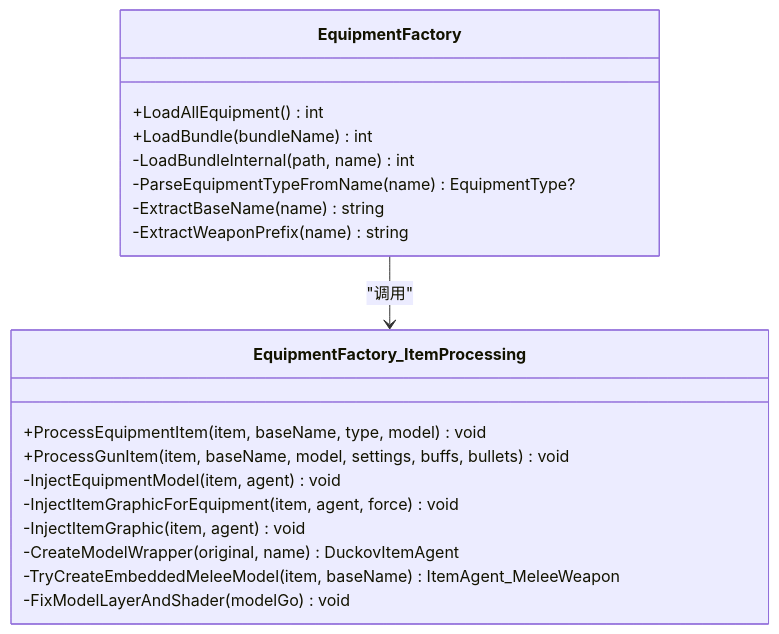
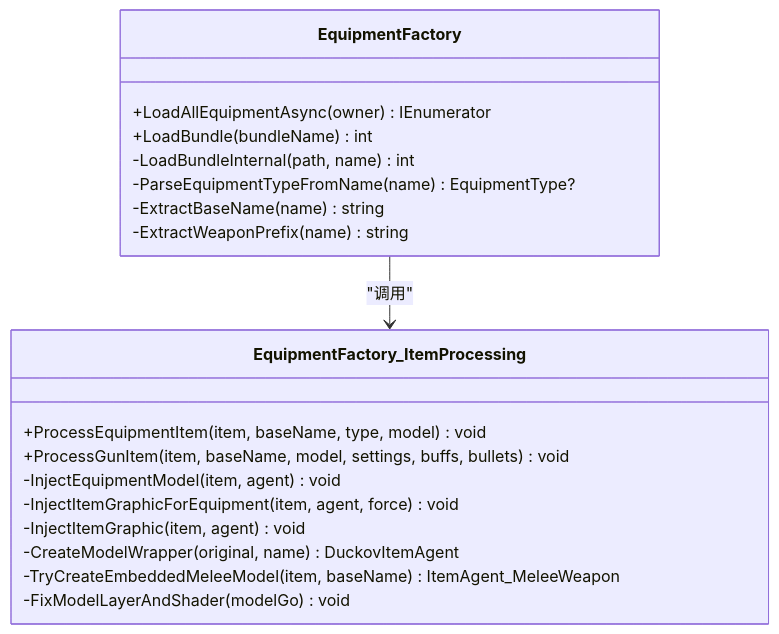
Before and after one commit to GASEN1216/BossRushMod: the fourth of 7 diagrams in .qoder/repowiki/zh/content/装备与物品系统/装备框架与工厂系统/装备框架与工厂系统.md, drawn with Mermaid. The commit also changed other lines of this file and 315 other files, not shown here.

Commit message:
v2.6.0：收集品 100 件与收藏册（开箱额外一格、九图两全图系列与珍品、集齐奖励、杰夫引导 590217、陈列柜实物与 6–8 档格框），全部物品图标按原版画风重画并统一到 ModItemIcons + Publish；资源读取统一为 ModSprites、ResourceBundleLoader、JsonDataRegistry、BossRushOfficialAudio、GetModPath 五个入口并删过期加载代码，修好从未响过的龙王武器射击音；主角枪械暴击率加成改为爆头伤害，收集品审核七条全修

````diff
--- a/.qoder/repowiki/zh/content/装备与物品系统/装备框架与工厂系统/装备框架与工厂系统.md
+++ b/.qoder/repowiki/zh/content/装备与物品系统/装备框架与工厂系统/装备框架与工厂系统.md
@@ -185,22 +185,22 @@
 ```mermaid
 classDiagram
 class EquipmentFactory {
-+LoadAllEquipment() int
++LoadAllEquipmentAsync(owner) IEnumerator
 +LoadBundle(bundleName) int
 -LoadBundleInternal(path, name) int
 -ParseEquipmentTypeFromName(name) EquipmentType?
 -ExtractBaseName(name) string
 -ExtractWeaponPrefix(name) string
 }
 class EquipmentFactory_ItemProcessing {
 +ProcessEquipmentItem(item, baseName, type, model) void
 +ProcessGunItem(item, baseName, model, settings, buffs, bullets) void
 -InjectEquipmentModel(item, agent) void
 -InjectItemGraphicForEquipment(item, agent, force) void
 -InjectItemGraphic(item, agent) void
 -CreateModelWrapper(original, name) DuckovItemAgent
 -TryCreateEmbeddedMeleeModel(item, baseName) ItemAgent_MeleeWeapon
 -FixModelLayerAndShader(modelGo) void
 }
 EquipmentFactory --> EquipmentFactory_ItemProcessing : "调用"
 ```
````
